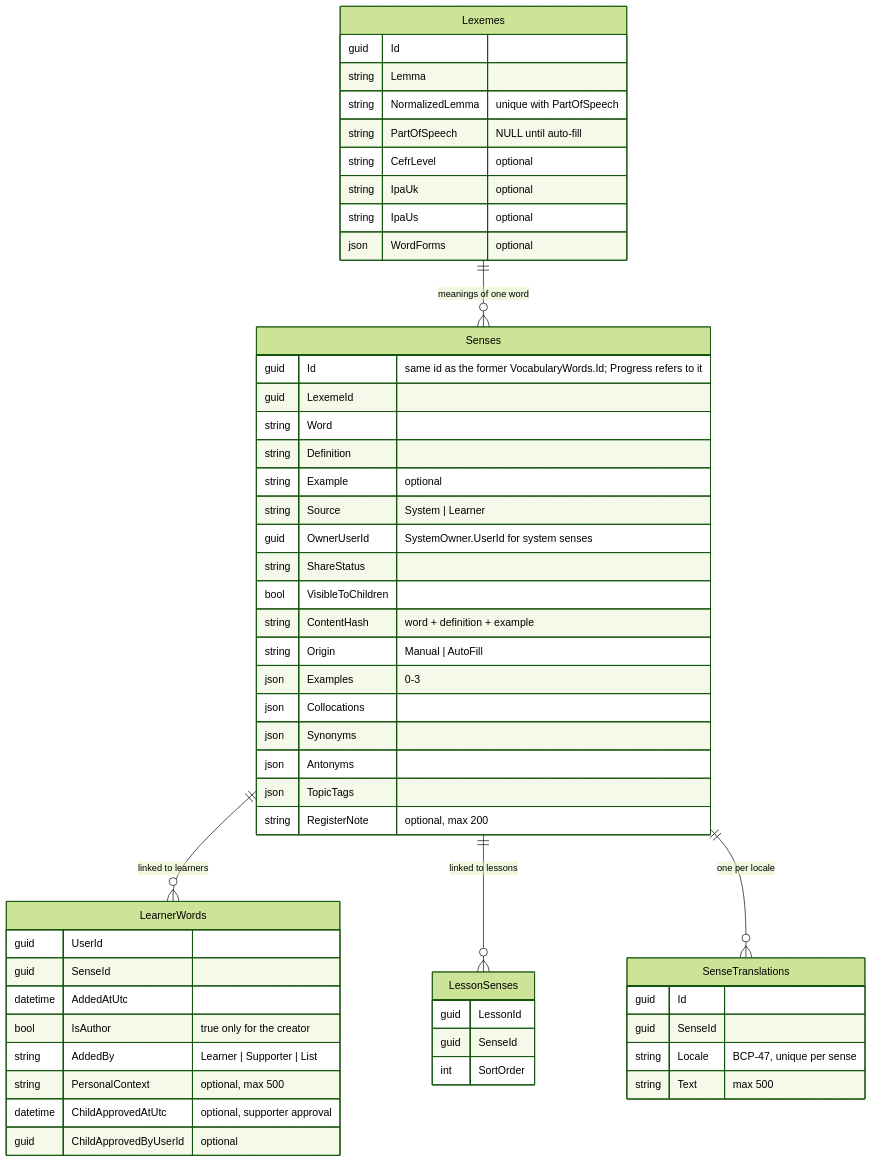
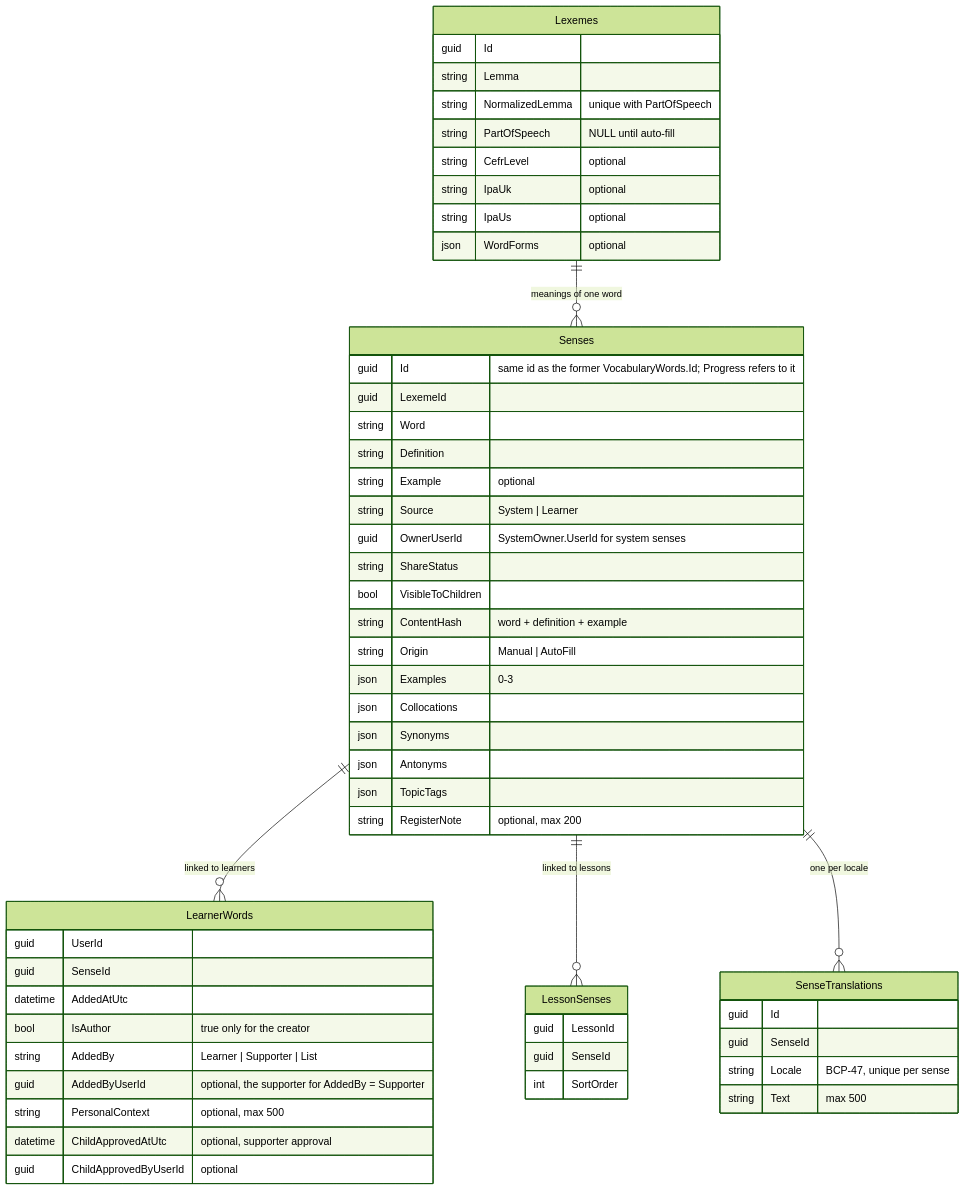
Before and after one commit to hunglu/WordBuddy: the diagram in docs/features/vocabulary.md, drawn with Mermaid (forest theme). The commit also changed other lines of this file and 9 other files, not shown here.

````diff
--- a/docs/features/vocabulary.md
+++ b/docs/features/vocabulary.md
@@ -15,57 +15,58 @@
 ```mermaid
 erDiagram
     Lexemes ||--o{ Senses : "meanings of one word"
     Senses ||--o{ LearnerWords : "linked to learners"
     Senses ||--o{ LessonSenses : "linked to lessons"
     Senses ||--o{ SenseTranslations : "one per locale"
     Lexemes {
         guid Id
         string Lemma
         string NormalizedLemma "unique with PartOfSpeech"
         string PartOfSpeech "NULL until auto-fill"
         string CefrLevel "optional"
         string IpaUk "optional"
         string IpaUs "optional"
         json WordForms "optional"
     }
     Senses {
         guid Id "same id as the former VocabularyWords.Id; Progress refers to it"
         guid LexemeId
         string Word
         string Definition
         string Example "optional"
         string Source "System | Learner"
         guid OwnerUserId "SystemOwner.UserId for system senses"
         string ShareStatus
         bool VisibleToChildren
         string ContentHash "word + definition + example"
         string Origin "Manual | AutoFill"
         json Examples "0-3"
         json Collocations
         json Synonyms
         json Antonyms
         json TopicTags
         string RegisterNote "optional, max 200"
     }
     LearnerWords {
         guid UserId
         guid SenseId
         datetime AddedAtUtc
         bool IsAuthor "true only for the creator"
         string AddedBy "Learner | Supporter | List"
+        guid AddedByUserId "optional, the supporter for AddedBy = Supporter"
         string PersonalContext "optional, max 500"
         datetime ChildApprovedAtUtc "optional, supporter approval"
         guid ChildApprovedByUserId "optional"
     }
     LessonSenses {
         guid LessonId
         guid SenseId
         int SortOrder
     }
     SenseTranslations {
         guid Id
         guid SenseId
         string Locale "BCP-47, unique per sense"
         string Text "max 500"
     }
 ```
````
